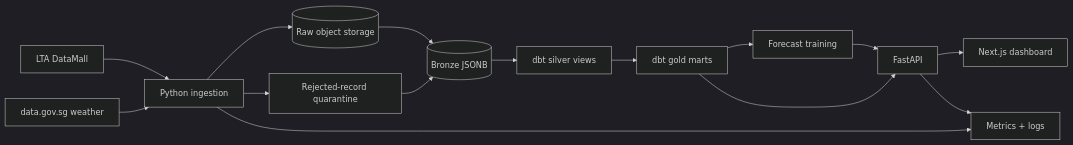
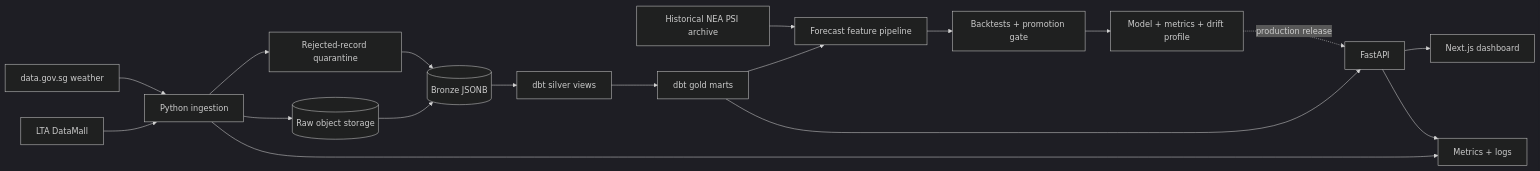
Before and after one commit to HninPhyuPhyuAye/FluxSG: the diagram in docs/ARCHITECTURE.md, drawn with Mermaid (dark theme). The commit also changed other lines of this file and 25 other files, not shown here.

````diff
--- a/docs/ARCHITECTURE.md
+++ b/docs/ARCHITECTURE.md
@@ -5,17 +5,20 @@
 ```mermaid
 flowchart LR
   LTA[LTA DataMall] --> I[Python ingestion]
   NEA[data.gov.sg weather] --> I
   I --> R[(Raw object storage)]
   R --> B[(Bronze JSONB)]
   I --> Q[Rejected-record quarantine]
   Q --> B
   B --> S[dbt silver views]
   S --> G[dbt gold marts]
-  G --> F[Forecast training]
+  G --> F[Forecast feature pipeline]
+  H[Historical NEA PSI archive] --> F
+  F --> M[Backtests + promotion gate]
+  M --> ART[Model + metrics + drift profile]
   G --> A[FastAPI]
-  F --> A
+  ART -. production release .-> A
   A --> UI[Next.js dashboard]
   I --> O[Metrics + logs]
   A --> O
 ```
````
